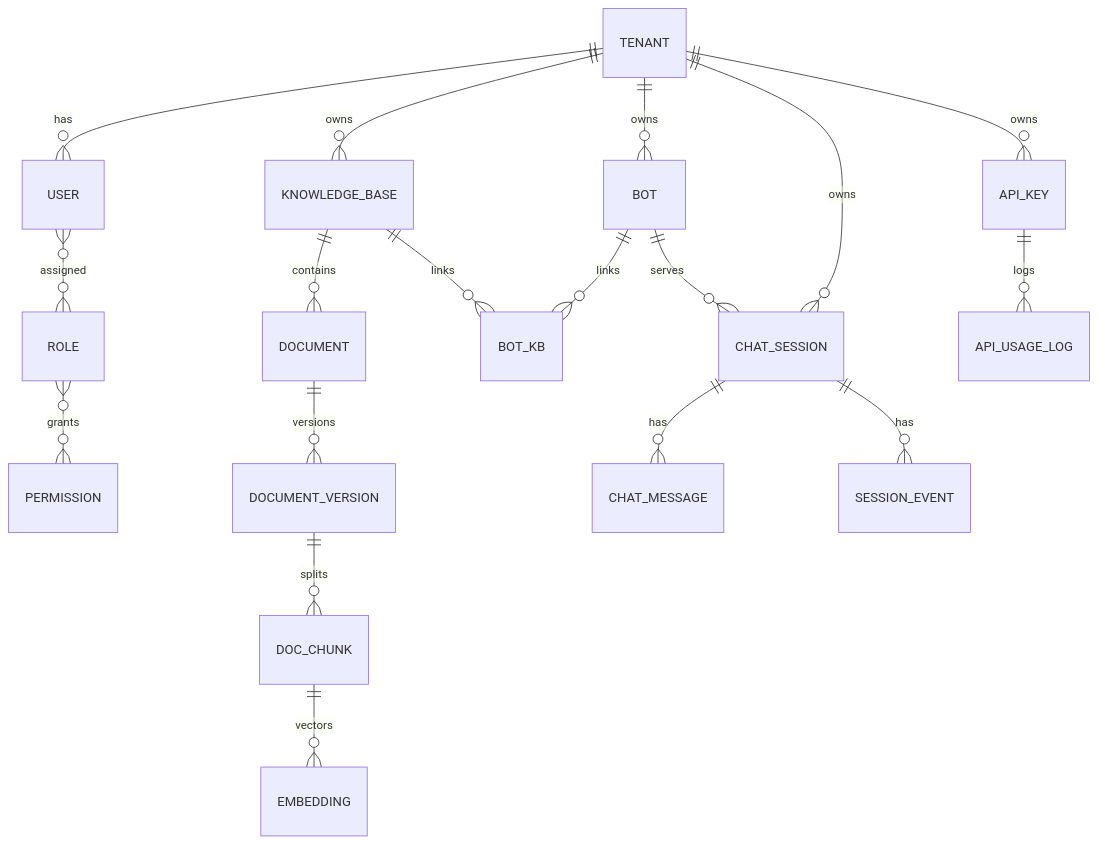
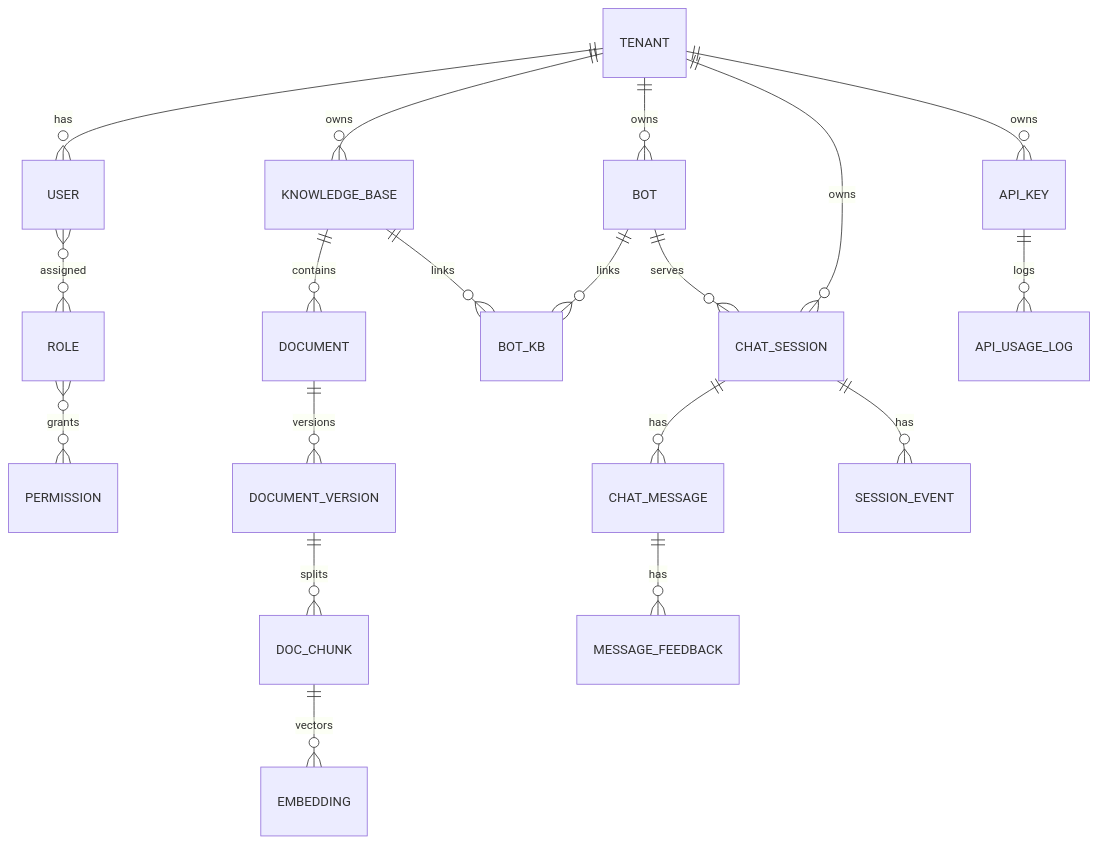
Before and after one commit to ZTH7/RAGDesk: the diagram in docs/DataModel.md, drawn with Mermaid. The commit also changed other lines of this file and 18 other files, not shown here.

````diff
--- a/docs/DataModel.md
+++ b/docs/DataModel.md
@@ -8,25 +8,26 @@
 ```mermaid
 erDiagram
 TENANT ||--o{ USER : has
 TENANT ||--o{ BOT : owns
 TENANT ||--o{ KNOWLEDGE_BASE : owns
 TENANT ||--o{ API_KEY : owns
 TENANT ||--o{ CHAT_SESSION : owns
 
 USER }o--o{ ROLE : assigned
 ROLE }o--o{ PERMISSION : grants
 
 BOT ||--o{ BOT_KB : links
 KNOWLEDGE_BASE ||--o{ BOT_KB : links
 
 KNOWLEDGE_BASE ||--o{ DOCUMENT : contains
 DOCUMENT ||--o{ DOCUMENT_VERSION : versions
 DOCUMENT_VERSION ||--o{ DOC_CHUNK : splits
 DOC_CHUNK ||--o{ EMBEDDING : vectors
 
 CHAT_SESSION ||--o{ CHAT_MESSAGE : has
+CHAT_MESSAGE ||--o{ MESSAGE_FEEDBACK : has
 CHAT_SESSION ||--o{ SESSION_EVENT : has
 
 BOT ||--o{ CHAT_SESSION : serves
 API_KEY ||--o{ API_USAGE_LOG : logs
 ```
````
